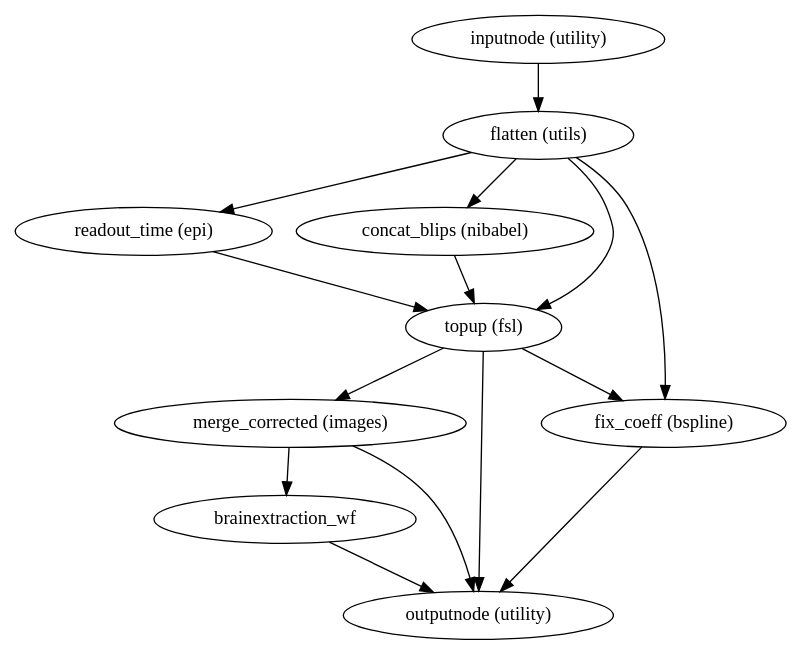
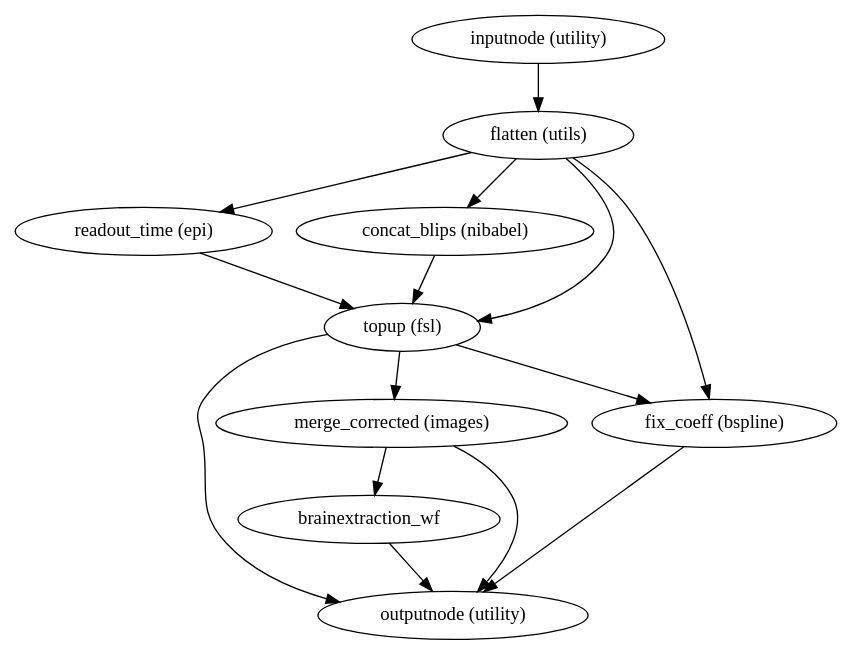
Before and after one commit to poldracklab/sdcflows: the diagram in 2.0.1/wf_directive/api/pepolar_estimate_wf/sdcflows-workflows-fit-pepolar-2.dot, drawn with Graphviz. The commit also changed other lines of this file and 3166 other files, not shown here.

```diff
--- a/2.0.1/wf_directive/api/pepolar_estimate_wf/sdcflows-workflows-fit-pepolar-2.dot
+++ b/2.0.1/wf_directive/api/pepolar_estimate_wf/sdcflows-workflows-fit-pepolar-2.dot
@@ -1,25 +1,25 @@
 strict digraph  {
 "inputnode (utility)";
 "flatten (utils)";
 "readout_time (epi)";
 "concat_blips (nibabel)";
 "topup (fsl)";
 "fix_coeff (bspline)";
+"outputnode (utility)";
 "merge_corrected (images)";
-"outputnode (utility)";
 brainextraction_wf;
 "inputnode (utility)" -> "flatten (utils)";
 "flatten (utils)" -> "readout_time (epi)";
 "flatten (utils)" -> "concat_blips (nibabel)";
 "flatten (utils)" -> "topup (fsl)";
 "flatten (utils)" -> "fix_coeff (bspline)";
 "readout_time (epi)" -> "topup (fsl)";
 "concat_blips (nibabel)" -> "topup (fsl)";
 "topup (fsl)" -> "fix_coeff (bspline)";
+"topup (fsl)" -> "outputnode (utility)";
 "topup (fsl)" -> "merge_corrected (images)";
-"topup (fsl)" -> "outputnode (utility)";
 "fix_coeff (bspline)" -> "outputnode (utility)";
 "merge_corrected (images)" -> brainextraction_wf;
 "merge_corrected (images)" -> "outputnode (utility)";
 brainextraction_wf -> "outputnode (utility)";
 }
```
